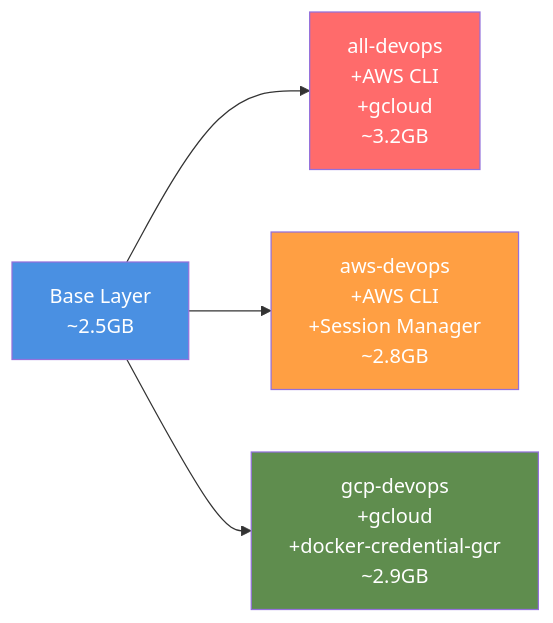
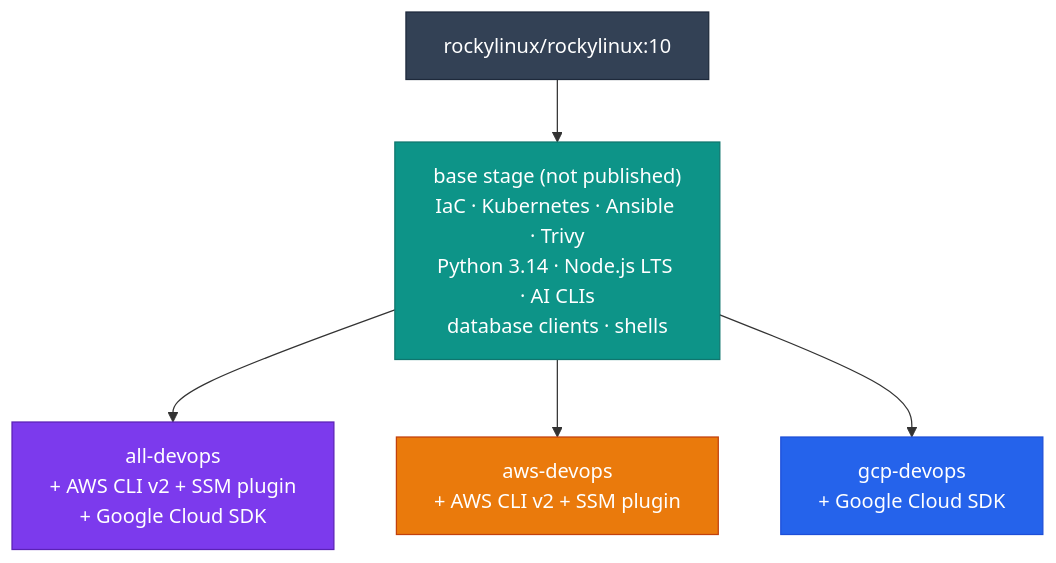
Before and after one commit to jinalshah/devops-images: the diagram in docs/architecture/index.md, drawn with Mermaid. The commit also changed other lines of this file and 12 other files, not shown here.

First line of the commit message:
Colourful docs refresh, image fixes and accurate architecture pages

````diff
--- a/docs/architecture/index.md
+++ b/docs/architecture/index.md
@@ -75,11 +14,18 @@
 ```mermaid
-graph LR
-    BASE[Base Layer<br/>~2.5GB] --> ALL[all-devops<br/>+AWS CLI<br/>+gcloud<br/>~3.2GB]
-    BASE --> AWS[aws-devops<br/>+AWS CLI<br/>+Session Manager<br/>~2.8GB]
-    BASE --> GCP[gcp-devops<br/>+gcloud<br/>+docker-credential-gcr<br/>~2.9GB]
+flowchart TB
+  R["rockylinux/rockylinux:10"] --> B["base stage (not published)<br/>IaC · Kubernetes · Ansible · Trivy<br/>Python 3.14 · Node.js LTS · AI CLIs<br/>database clients · shells"]
+  B --> A["all-devops<br/>+ AWS CLI v2 + SSM plugin<br/>+ Google Cloud SDK"]
+  B --> W["aws-devops<br/>+ AWS CLI v2 + SSM plugin"]
+  B --> G["gcp-devops<br/>+ Google Cloud SDK"]
 
-    style BASE fill:#4A90E2,color:#fff
-    style ALL fill:#FF6B6B,color:#fff
-    style AWS fill:#FF9F43,color:#fff
-    style GCP fill:#5F8D4E,color:#fff
+  classDef neutral fill:#334155,stroke:#1e293b,color:#fff
+  classDef base fill:#0d9488,stroke:#0f766e,color:#fff
+  classDef all fill:#7c3aed,stroke:#5b21b6,color:#fff
+  classDef aws fill:#ea7a0c,stroke:#c2410c,color:#fff
+  classDef gcp fill:#2563eb,stroke:#1d4ed8,color:#fff
+  class R neutral
+  class B base
+  class A all
+  class W aws
+  class G gcp
 ```
````
